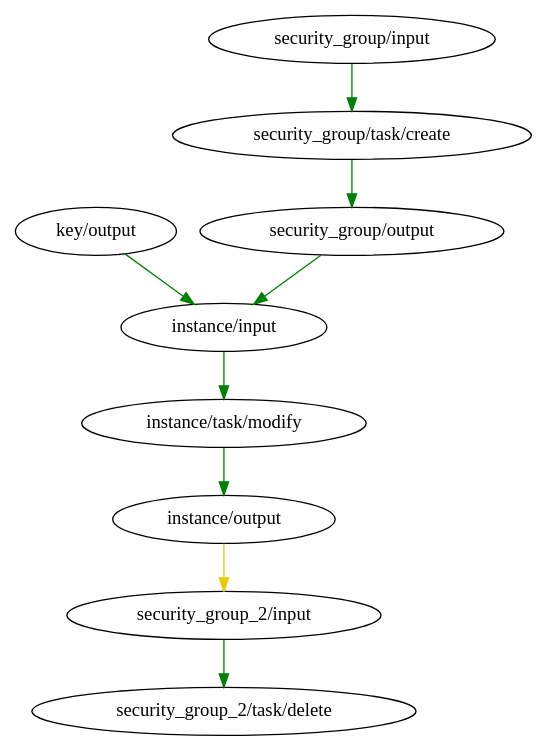
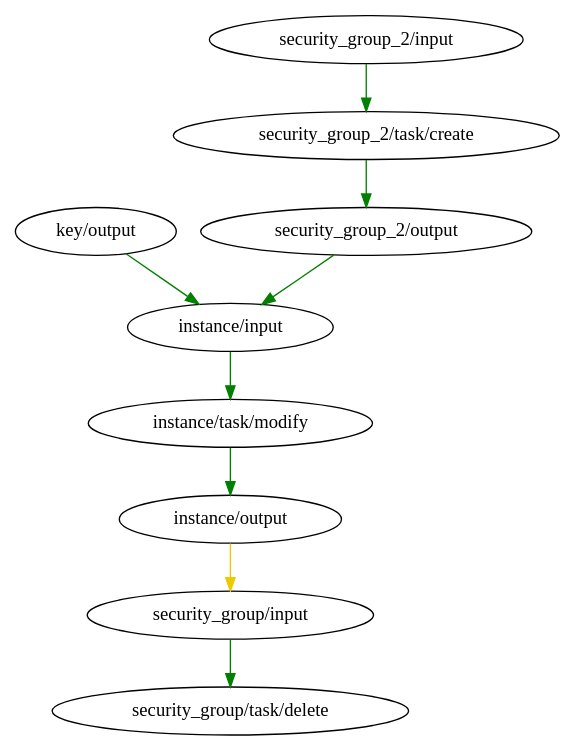
Before and after one commit to cfeenstra67/infra-as-code-complex-deps: the diagram in statey/graphs/change-id.gv, drawn with Graphviz. The commit also changed 6 other files, not shown here.

Commit message:
update graphs

```diff
--- a/statey/graphs/change-id.gv
+++ b/statey/graphs/change-id.gv
@@ -1,19 +1,19 @@
 digraph {
+	"security_group/input"
+	"security_group/task/delete"
+	"key/output"
 	"security_group_2/input"
-	"security_group_2/task/delete"
-	"key/output"
-	"security_group/input"
-	"security_group/output"
-	"security_group/task/create"
+	"security_group_2/output"
+	"security_group_2/task/create"
 	"instance/input"
 	"instance/output"
 	"instance/task/modify"
-	"security_group_2/input" -> "security_group_2/task/delete" [color=green]
+	"security_group/input" -> "security_group/task/delete" [color=green]
 	"key/output" -> "instance/input" [color=green]
-	"security_group/input" -> "security_group/task/create" [color=green]
-	"security_group/output" -> "instance/input" [color=green]
-	"security_group/task/create" -> "security_group/output" [color=green]
+	"security_group_2/input" -> "security_group_2/task/create" [color=green]
+	"security_group_2/output" -> "instance/input" [color=green]
+	"security_group_2/task/create" -> "security_group_2/output" [color=green]
 	"instance/input" -> "instance/task/modify" [color=green]
-	"instance/output" -> "security_group_2/input" [color=gold2]
+	"instance/output" -> "security_group/input" [color=gold2]
 	"instance/task/modify" -> "instance/output" [color=green]
 }
```
